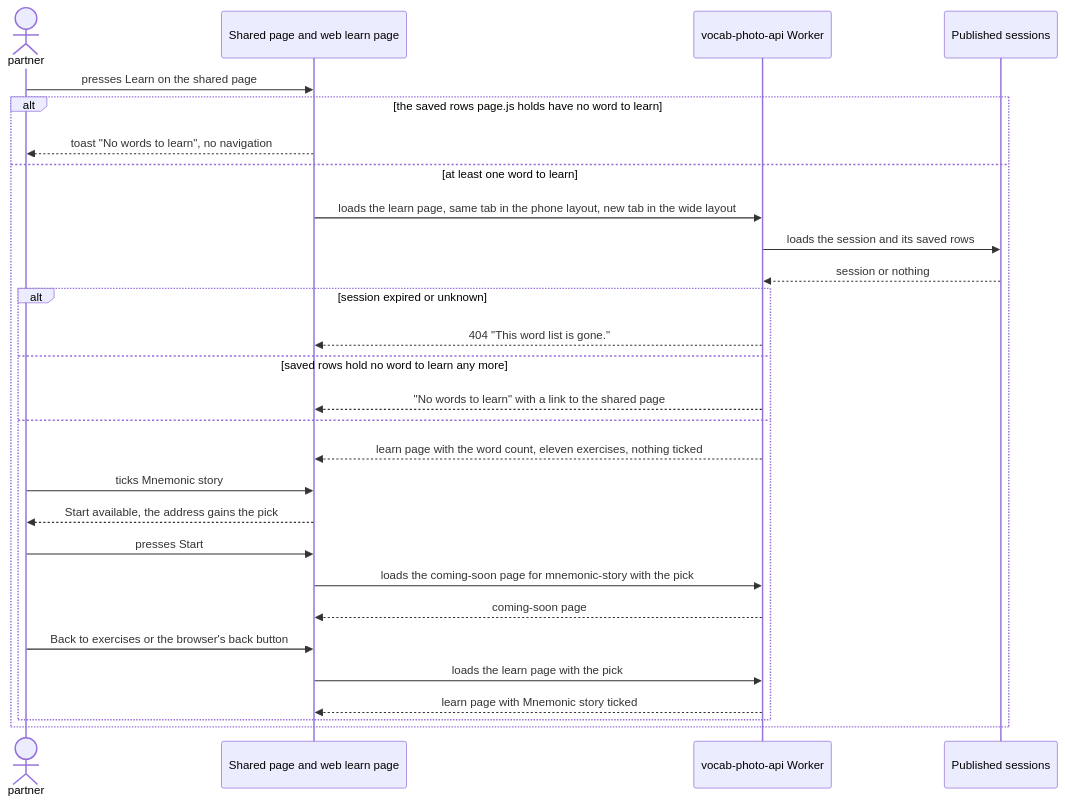
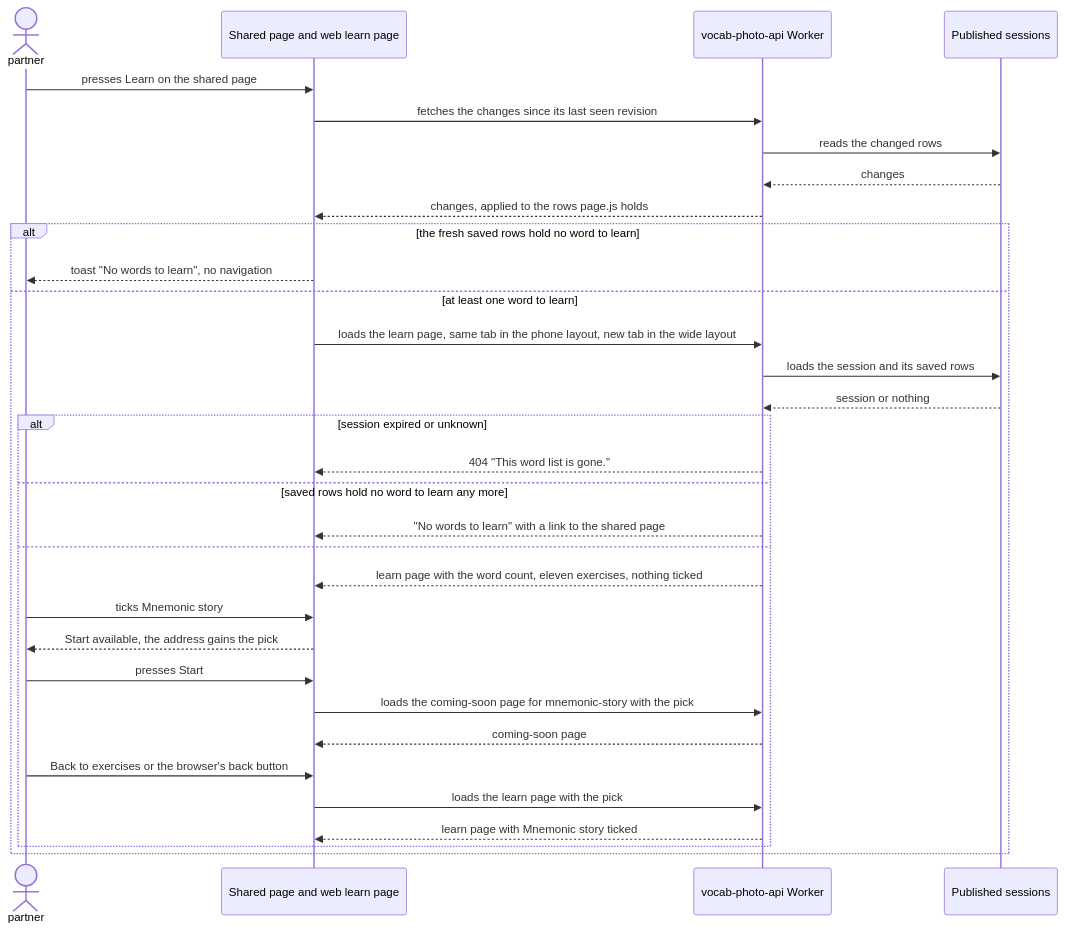
The fourth of 4 diagrams in docs/features/learn-part-step-1/sad.md (mlevytskiy/flutter_vocabulary_app), drawn with Mermaid before and after one commit. The commit also changed other lines of this file, not shown here.

First line of the commit message:
design: learn-part-step-1 finalization (critic pass)

````diff
--- a/docs/features/learn-part-step-1/sad.md
+++ b/docs/features/learn-part-step-1/sad.md
@@ -211,30 +215,34 @@
 ```mermaid
 sequenceDiagram
     actor Partner as partner
     participant Browser as Shared page and web learn page
     participant Worker as vocab-photo-api Worker
     participant D1 as Published sessions
     Partner->>Browser: presses Learn on the shared page
-    alt the saved rows page.js holds have no word to learn
+    Browser->>Worker: fetches the changes since its last seen revision
+    Worker->>D1: reads the changed rows
+    D1-->>Worker: changes
+    Worker-->>Browser: changes, applied to the rows page.js holds
+    alt the fresh saved rows hold no word to learn
         Browser-->>Partner: toast "No words to learn", no navigation
     else at least one word to learn
         Browser->>Worker: loads the learn page, same tab in the phone layout, new tab in the wide layout
         Worker->>D1: loads the session and its saved rows
         D1-->>Worker: session or nothing
         alt session expired or unknown
             Worker-->>Browser: 404 "This word list is gone."
         else saved rows hold no word to learn any more
             Worker-->>Browser: "No words to learn" with a link to the shared page
         else
             Worker-->>Browser: learn page with the word count, eleven exercises, nothing ticked
             Partner->>Browser: ticks Mnemonic story
             Browser-->>Partner: Start available, the address gains the pick
             Partner->>Browser: presses Start
             Browser->>Worker: loads the coming-soon page for mnemonic-story with the pick
             Worker-->>Browser: coming-soon page
             Partner->>Browser: Back to exercises or the browser's back button
             Browser->>Worker: loads the learn page with the pick
             Worker-->>Browser: learn page with Mnemonic story ticked
         end
     end
 ```
````
